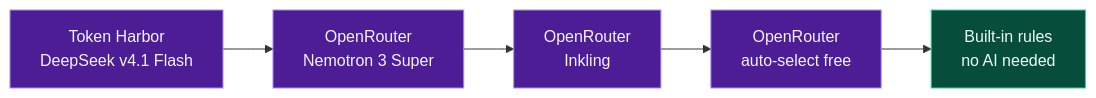
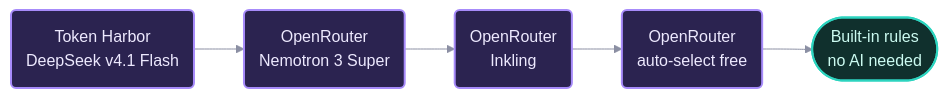
Before and after one commit to NayantaraNair/AI-Change-Impact-Analysis-Agent: the second of 2 diagrams in README.md, drawn with Mermaid. The commit also changed other lines of this file and 1 other file, not shown here.

Commit message:
README: trim detail, drop the custom-story section, restyle the architecture diagram

````diff
--- a/README.md
+++ b/README.md
@@ -190,6 +179,7 @@
 ```mermaid
+%%{init: {"theme": "base", "themeVariables": {"lineColor": "#8b8fa3"}}}%%
 flowchart LR
-    classDef ai fill:#4c1d95,stroke:#a78bfa,color:#f5f3ff
-    classDef rule fill:#064e3b,stroke:#34d399,color:#ecfdf5
-    A["Token Harbor<br/>DeepSeek v4.1 Flash"]:::ai --> B["OpenRouter<br/>Nemotron 3 Super"]:::ai --> C["OpenRouter<br/>Inkling"]:::ai --> D["OpenRouter<br/>auto-select free"]:::ai --> E["Built-in rules<br/>no AI needed"]:::rule
+    classDef ai fill:#2b2350,stroke:#a78bfa,stroke-width:2px,color:#ede9fe
+    classDef rule fill:#10302d,stroke:#2dd4bf,stroke-width:2px,color:#ccfbf1
+    A("Token Harbor<br/>DeepSeek v4.1 Flash"):::ai --> B("OpenRouter<br/>Nemotron 3 Super"):::ai --> C("OpenRouter<br/>Inkling"):::ai --> D("OpenRouter<br/>auto-select free"):::ai --> E(["Built-in rules<br/>no AI needed"]):::rule
 ```
````
